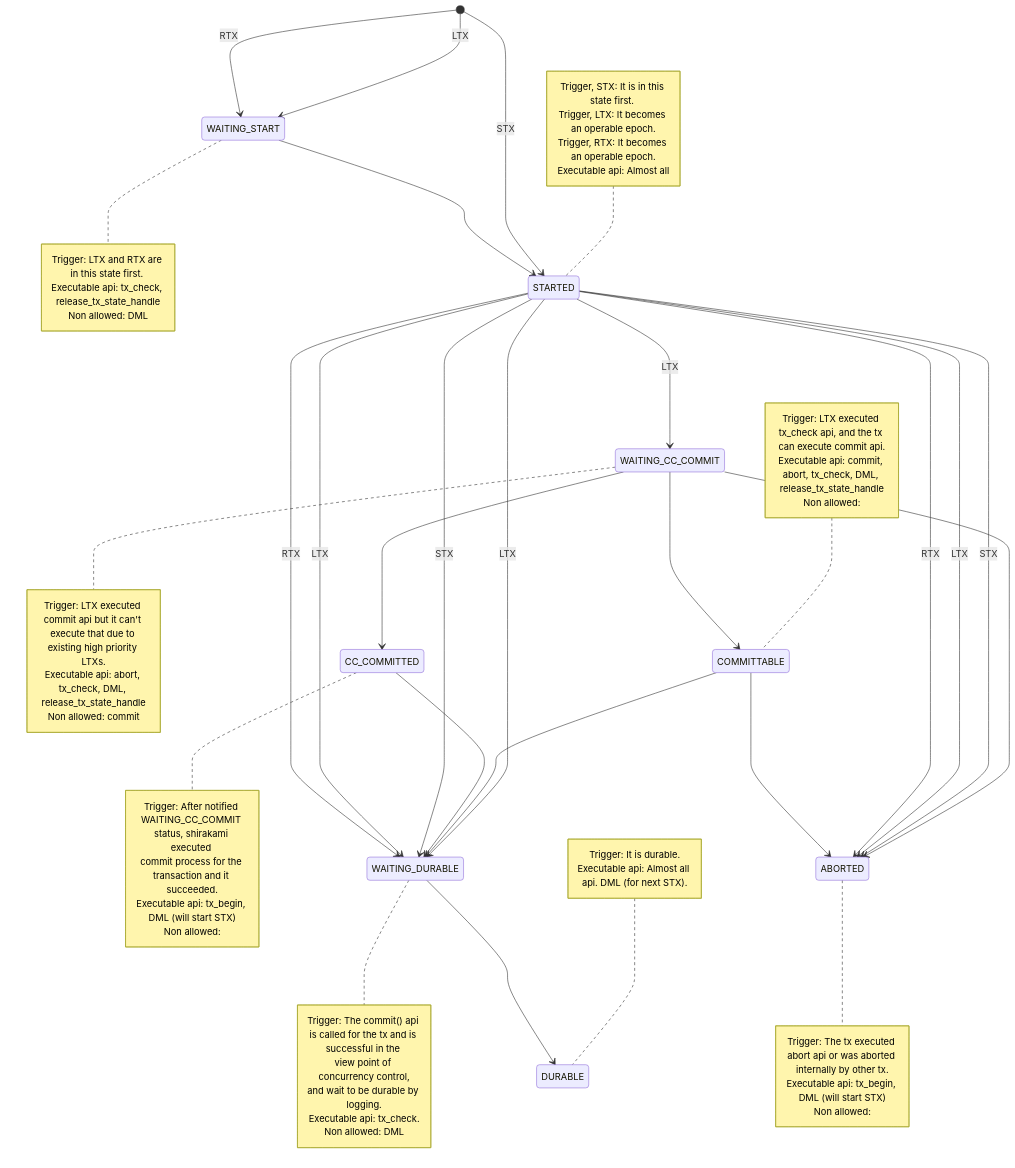
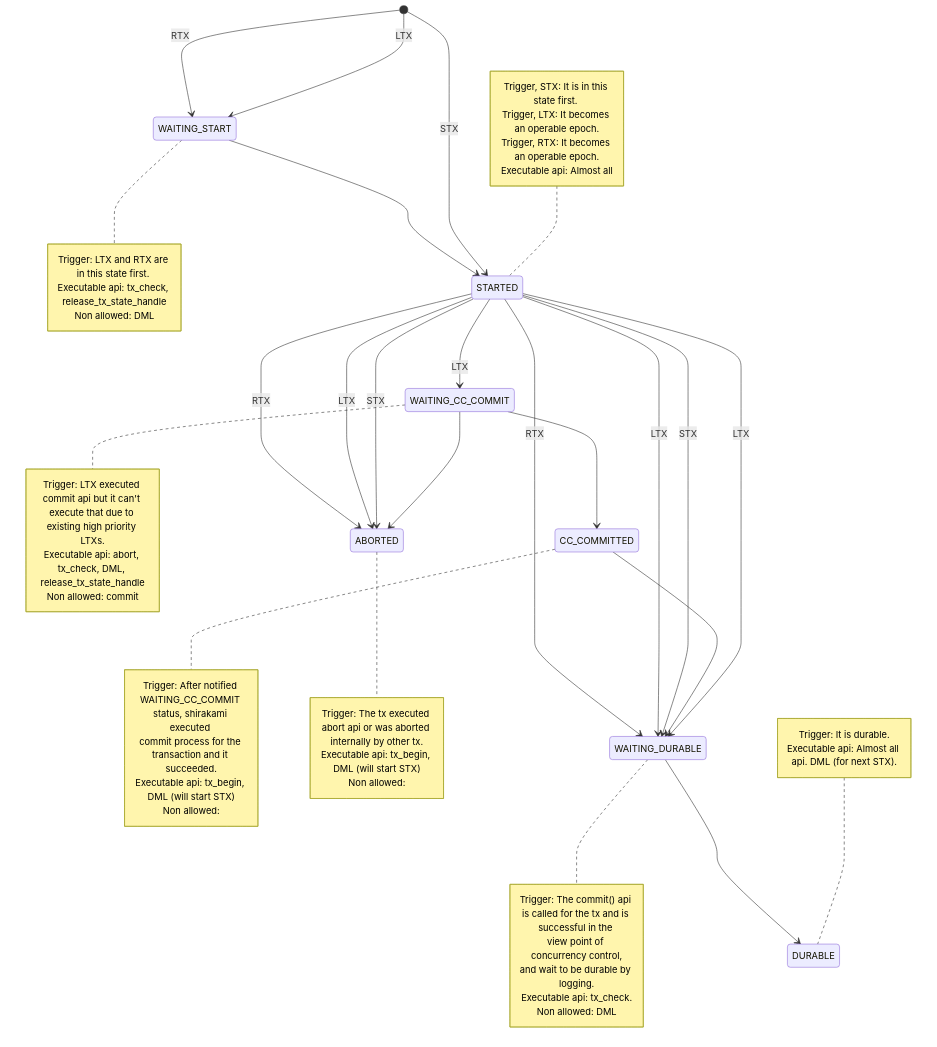
Before and after one commit to project-tsurugi/shirakami: the diagram in docs/transaction_state.md, drawn with Mermaid. The commit also changed 3 other files, not shown here.

````diff
--- a/docs/transaction_state.md
+++ b/docs/transaction_state.md
@@ -9,75 +9,66 @@
 ```mermaid
 stateDiagram-v2
     WAITING_START
     note right of WAITING_START
         Trigger: LTX and RTX are in this state first. 
         Executable api: tx_check, release_tx_state_handle
         Non allowed: DML
     end note
     STARTED
     note left of STARTED
         Trigger, STX: It is in this state first. 
         Trigger, LTX: It becomes an operable epoch.
         Trigger, RTX: It becomes an operable epoch.
         Executable api: Almost all
     end note
     WAITING_CC_COMMIT
     note right of WAITING_CC_COMMIT
         Trigger: LTX executed commit api but it can't execute that due to 
         existing high priority LTXs.
         Executable api: abort, tx_check, DML, release_tx_state_handle
         Non allowed: commit
-    end note
-    COMMITTABLE
-    note left of COMMITTABLE
-        Trigger: LTX executed tx_check api, and the tx can execute commit api.
-        Executable api: commit, abort, tx_check, DML, release_tx_state_handle
-        Non allowed:
     end note
     CC_COMMITTED
     note right of CC_COMMITTED
         Trigger: After notified WAITING_CC_COMMIT status, shirakami executed 
         commit process for the transaction and it succeeded.
         Executable api: tx_begin, DML (will start STX)
         Non allowed:
     end note
     ABORTED
     note right of ABORTED
         Trigger: The tx executed abort api or was aborted internally by other tx.
         Executable api: tx_begin, DML (will start STX)
         Non allowed:
     end note
     WAITING_DURABLE
     note right of WAITING_DURABLE
         Trigger: The commit() api is called for the tx and is successful in the 
         view point of concurrency control,
         and wait to be durable by logging.
         Executable api: tx_check.
         Non allowed: DML
     end note
     DURABLE
     note left of DURABLE
         Trigger: It is durable.
         Executable api: Almost all api. DML (for next STX).
     end note
 
     [*] --> STARTED: STX
     [*] --> WAITING_START: LTX
     [*] --> WAITING_START: RTX
     WAITING_START --> STARTED
     STARTED --> WAITING_DURABLE: LTX
     STARTED --> WAITING_CC_COMMIT: LTX
-    WAITING_CC_COMMIT --> COMMITTABLE
     WAITING_CC_COMMIT --> CC_COMMITTED
     WAITING_CC_COMMIT --> ABORTED
-    COMMITTABLE --> WAITING_DURABLE
     CC_COMMITTED --> WAITING_DURABLE
     STARTED --> WAITING_DURABLE: STX
     STARTED --> WAITING_DURABLE: LTX
     STARTED --> WAITING_DURABLE: RTX
     STARTED --> ABORTED: STX
     STARTED --> ABORTED: LTX
     STARTED --> ABORTED: RTX
-    COMMITTABLE --> ABORTED
     WAITING_DURABLE --> DURABLE
 ```
````
